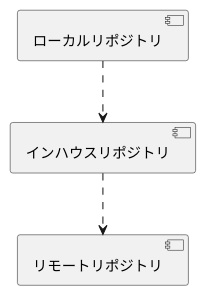
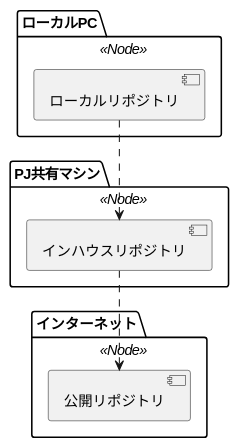
Before and after one commit to sambatriste/maven3-tutorial: the first of 4 diagrams in repository.org, drawn with PlantUML. The commit also changed other lines of this file and 5 other files, not shown here.

```diff
--- a/repository.org
+++ b/repository.org
@@ -17,8 +27,16 @@
 #+BEGIN_SRC plantuml :file resources/repositories.png :cmdline -charset UTF-8
-component "ローカルリポジトリ" as local
-component "インハウスリポジトリ" as inhouse
-component "リモートリポジトリ" as remote
+
+package "ローカルPC" <<Node>> {
+  component "ローカルリポジトリ" as local
+}
+package "PJ共有マシン" <<Node>> {
+  component "インハウスリポジトリ" as inhouse
+}
+package "インターネット" <<Node>> {
+  component "公開リポジトリ" as remote
+}
 
 local ..> inhouse
 inhouse ..> remote 
+
 #+END_SRC
```
